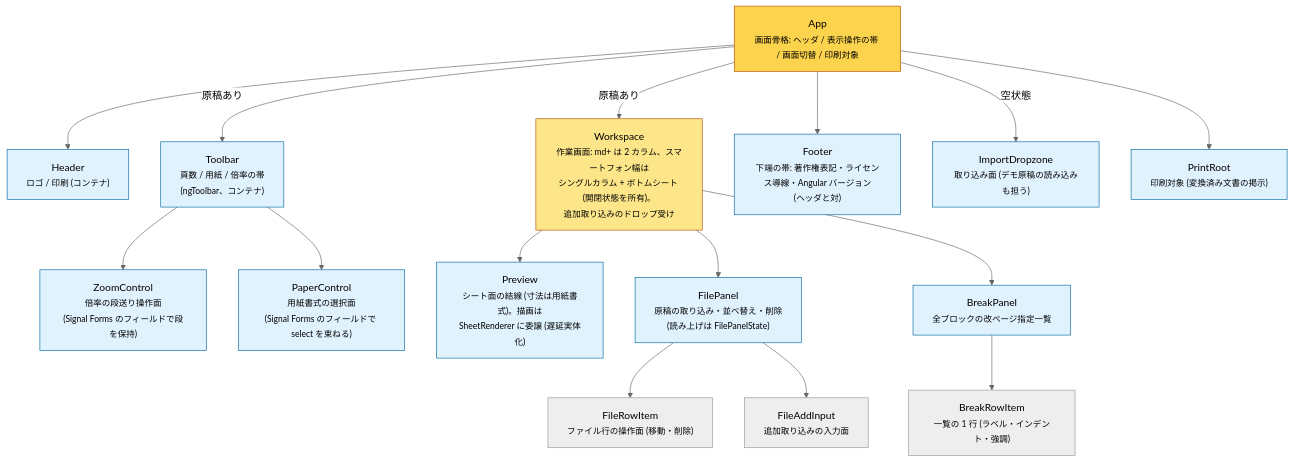
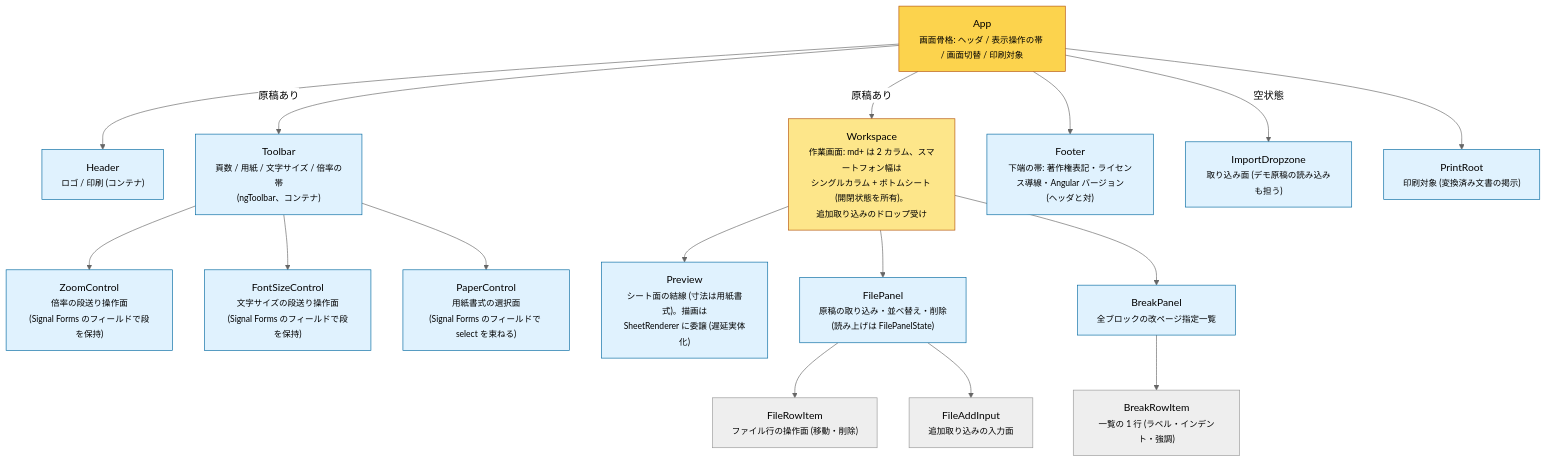
One commit to lacolaco/printmd changed the diagram in docs/component-tree.md. Above: the diagram before and after it, drawn with Mermaid (neutral theme). The commit also changed other lines of this file and 17 other files, not shown here.

````diff
--- a/docs/component-tree.md
+++ b/docs/component-tree.md
@@ -6,40 +6,42 @@
 ```mermaid
 flowchart TB
   APP["App<br/><small>画面骨格: ヘッダ / 表示操作の帯 / 画面切替 / 印刷対象</small>"]
   HEADER["Header<br/><small>ロゴ / 印刷 (コンテナ)</small>"]
-  TOOLBAR["Toolbar<br/><small>頁数 / 用紙 / 倍率の帯<br/>(ngToolbar、コンテナ)</small>"]
+  TOOLBAR["Toolbar<br/><small>頁数 / 用紙 / 文字サイズ / 倍率の帯<br/>(ngToolbar、コンテナ)</small>"]
   ZOOMC["ZoomControl<br/><small>倍率の段送り操作面<br/>(Signal Forms のフィールドで段を保持)</small>"]
+  FONTC["FontSizeControl<br/><small>文字サイズの段送り操作面<br/>(Signal Forms のフィールドで段を保持)</small>"]
   PAPERC["PaperControl<br/><small>用紙書式の選択面<br/>(Signal Forms のフィールドで select を束ねる)</small>"]
   WS["Workspace<br/><small>作業画面: md+ は 2 カラム、スマートフォン幅は<br/>シングルカラム + ボトムシート (開閉状態を所有)。<br/>追加取り込みのドロップ受け</small>"]
   PREVIEW["Preview<br/><small>シート面の結線 (寸法は用紙書式)。描画は<br/>SheetRenderer に委譲 (遅延実体化)</small>"]
   FILEP["FilePanel<br/><small>原稿の取り込み・並べ替え・削除<br/>(読み上げは FilePanelState)</small>"]
   BREAKP["BreakPanel<br/><small>全ブロックの改ページ指定一覧</small>"]
   BREAKROW["BreakRowItem<br/><small>一覧の 1 行 (ラベル・インデント・強調)</small>"]
   FILEROW["FileRowItem<br/><small>ファイル行の操作面 (移動・削除)</small>"]
   FILEADD["FileAddInput<br/><small>追加取り込みの入力面</small>"]
   FOOTER["Footer<br/><small>下端の帯: 著作権表記・ライセンス導線・Angular バージョン<br/>(ヘッダと対)</small>"]
   DROP["ImportDropzone<br/><small>取り込み面 (デモ原稿の読み込みも担う)</small>"]
   PRINT["PrintRoot<br/><small>印刷対象 (変換済み文書の掲示)</small>"]
 
   APP --> HEADER
   APP -->|"原稿あり"| TOOLBAR
   TOOLBAR --> PAPERC
+  TOOLBAR --> FONTC
   TOOLBAR --> ZOOMC
   APP --> FOOTER
   APP -->|"原稿あり"| WS
   APP -->|"空状態"| DROP
   APP --> PRINT
   WS --> PREVIEW
   WS --> FILEP
   WS --> BREAKP
   BREAKP --> BREAKROW
   FILEP --> FILEROW
   FILEP --> FILEADD
 
   classDef shell fill:#fcd34d,stroke:#b45309
   classDef layout fill:#fde68a,stroke:#b45309
   classDef leaf fill:#e0f2fe,stroke:#0369a1
   class APP shell
   class WS layout
-  class HEADER,TOOLBAR,ZOOMC,PAPERC,PREVIEW,FILEP,BREAKP,FOOTER,DROP,PRINT leaf
+  class HEADER,TOOLBAR,ZOOMC,FONTC,PAPERC,PREVIEW,FILEP,BREAKP,FOOTER,DROP,PRINT leaf
 ```
````
